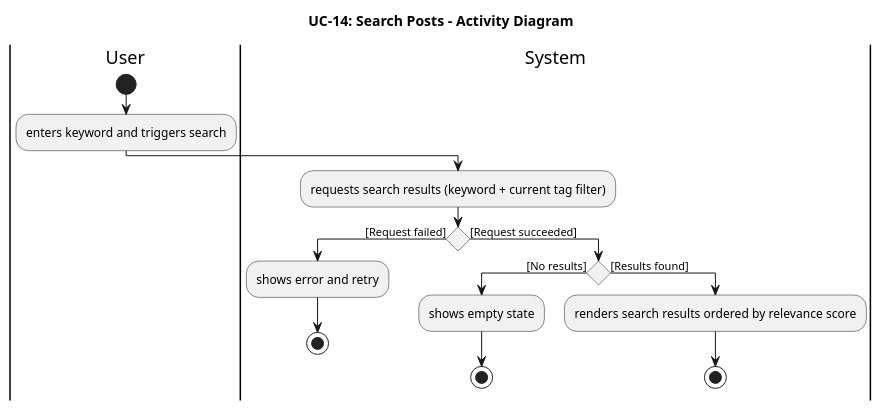
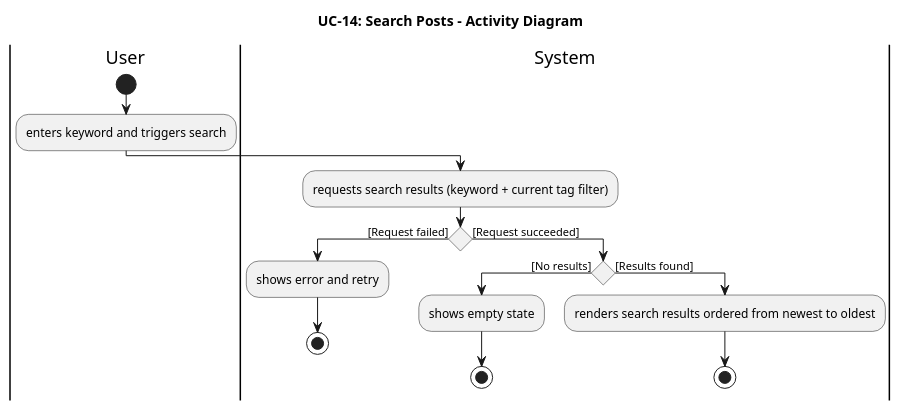
Before and after one commit to pzyllll/BridgeU: diagram 16 of 29 in springboot-backend/BridgeU-SRS.md, drawn with PlantUML. The commit also changed other lines of this file and 55 other files, not shown here.

````diff
--- a/springboot-backend/BridgeU-SRS.md
+++ b/springboot-backend/BridgeU-SRS.md
@@ -2096,25 +2096,25 @@
 ```plantuml
 @startuml UC14_Activity_Diagram
 title UC-14: Search Posts - Activity Diagram
 
 |User|
 start
 :enters keyword and triggers search;
 
 |System|
 :requests search results (keyword + current tag filter);
 
 if () then ([Request failed])
   :shows error and retry;
   stop
 else ([Request succeeded])
   if () then ([No results])
     :shows empty state;
     stop
   else ([Results found])
-    :renders search results ordered by relevance score;
+    :renders search results ordered from newest to oldest;
     stop
   endif
 endif
 @enduml
 ```
````
